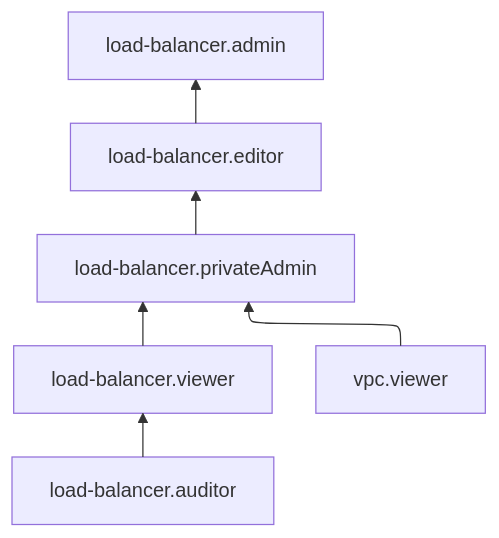
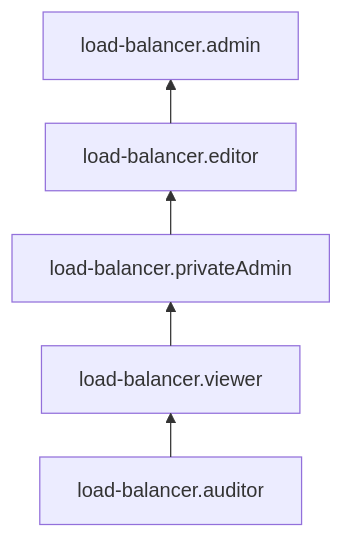
The diagram in md-docs/network-load-balancer/security/index.md (yandex-cloud/docs), drawn with Mermaid before and after one commit. The commit also changed 532 other files, not shown here.

````diff
--- a/md-docs/network-load-balancer/security/index.md
+++ b/md-docs/network-load-balancer/security/index.md
@@ -33,10 +33,12 @@
 ```mermaid
-%%{init: {"flowchart": {'defaultRenderer': 'elk'}} }%%
+---
+config:
+  flowchart:
+    defaultRenderer: elk
+---
 flowchart BT
     load-balancer.auditor --> load-balancer.viewer
     load-balancer.viewer --> load-balancer.privateAdmin
     load-balancer.privateAdmin --> load-balancer.editor
     load-balancer.editor --> load-balancer.admin
-
-    vpc.viewer --> load-balancer.privateAdmin
 ```
````
